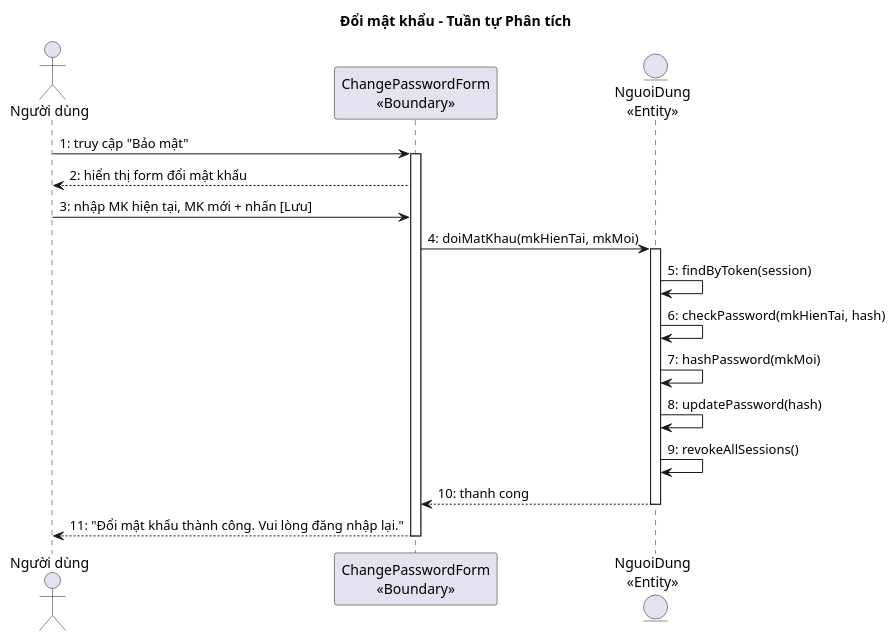
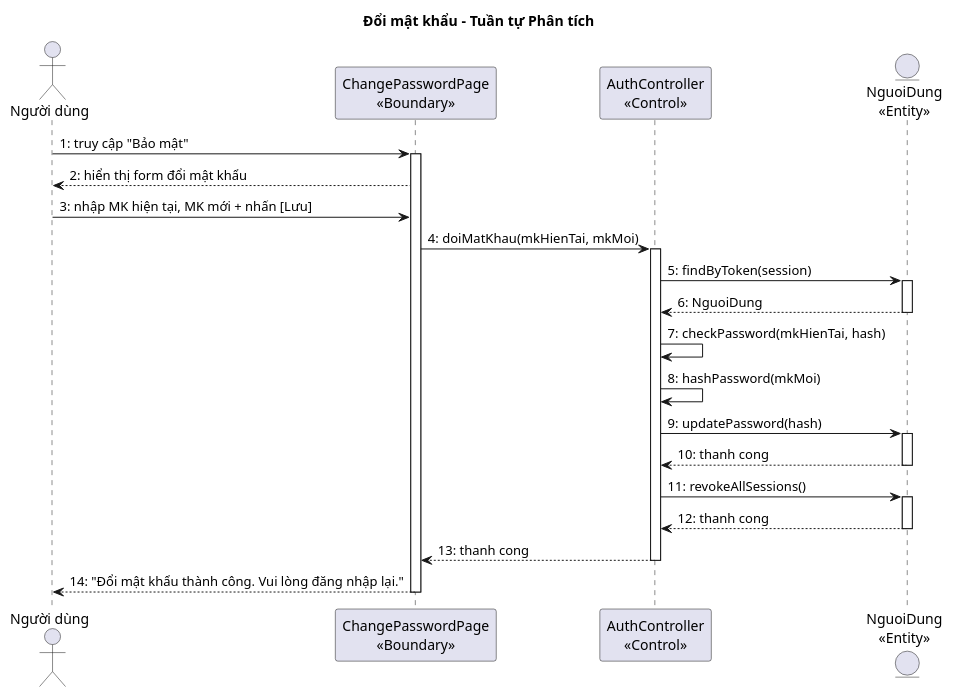
Before and after one commit to thanhtrnnn/cnpm: the third of 5 diagrams in docs/tabs/section-account-ii.md, drawn with PlantUML. The commit also changed other lines of this file and 10 other files, not shown here.

First line of the commit message:
feat: Controller pattern + Page classes + properties/methods for account module

````diff
--- a/docs/tabs/section-account-ii.md
+++ b/docs/tabs/section-account-ii.md
@@ -320,25 +336,35 @@
 ```plantuml
 @startuml
 title Đổi mật khẩu – Tuần tự Phân tích
 
 actor "Người dùng" as User
-participant "ChangePasswordForm\n<<Boundary>>" as B1
+participant "ChangePasswordPage\n<<Boundary>>" as B1
+participant "AuthController\n<<Control>>" as C1
 entity "NguoiDung\n<<Entity>>" as E1
 
 User -> B1 : 1: truy cập "Bảo mật"
 activate B1
 B1 --> User : 2: hiển thị form đổi mật khẩu
 User -> B1 : 3: nhập MK hiện tại, MK mới + nhấn [Lưu]
-B1 -> E1 : 4: doiMatKhau(mkHienTai, mkMoi)
+B1 -> C1 : 4: doiMatKhau(mkHienTai, mkMoi)
+activate C1
+C1 -> E1 : 5: findByToken(session)
 activate E1
-E1 -> E1 : 5: findByToken(session)
-E1 -> E1 : 6: checkPassword(mkHienTai, hash)
-E1 -> E1 : 7: hashPassword(mkMoi)
-E1 -> E1 : 8: updatePassword(hash)
-E1 -> E1 : 9: revokeAllSessions()
-E1 --> B1 : 10: thanh cong
+E1 --> C1 : 6: NguoiDung
 deactivate E1
-B1 --> User : 11: "Đổi mật khẩu thành công. Vui lòng đăng nhập lại."
+C1 -> C1 : 7: checkPassword(mkHienTai, hash)
+C1 -> C1 : 8: hashPassword(mkMoi)
+C1 -> E1 : 9: updatePassword(hash)
+activate E1
+E1 --> C1 : 10: thanh cong
+deactivate E1
+C1 -> E1 : 11: revokeAllSessions()
+activate E1
+E1 --> C1 : 12: thanh cong
+deactivate E1
+C1 --> B1 : 13: thanh cong
+deactivate C1
+B1 --> User : 14: "Đổi mật khẩu thành công. Vui lòng đăng nhập lại."
 deactivate B1
 @enduml
 ```
````
